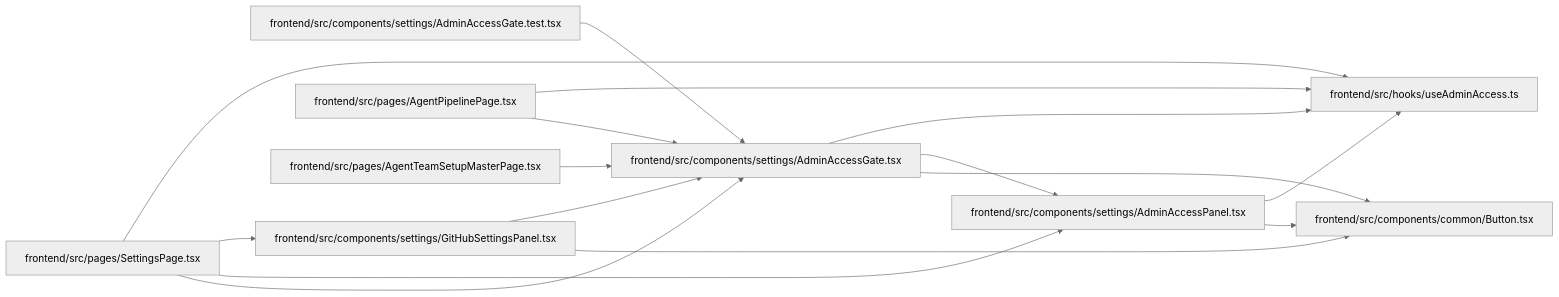
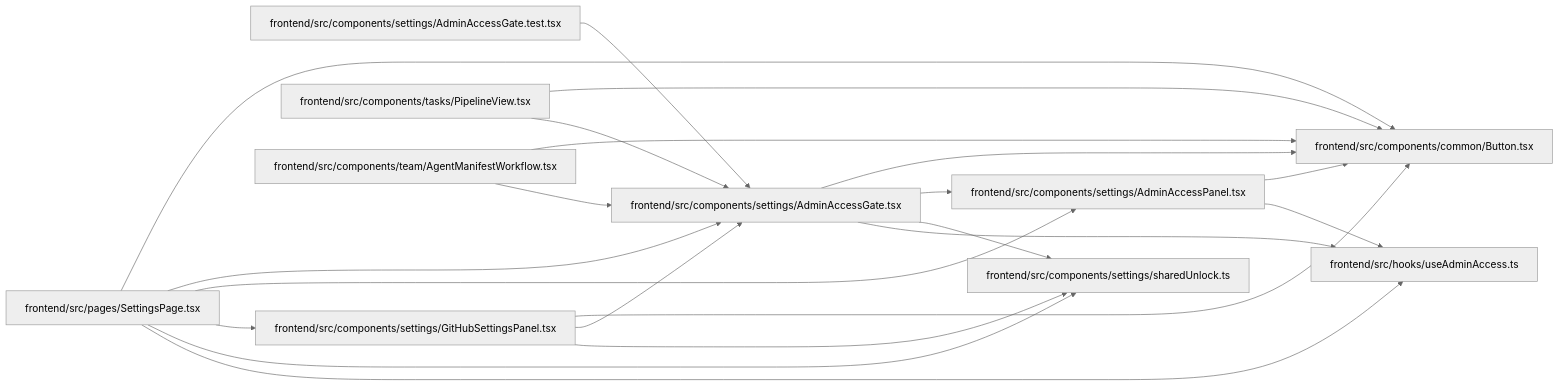
Before and after one commit to Denissvgn/WorkChord: the diagram in docs/llm_wiki/modules/AdminAccessGate.md, drawn with Mermaid (neutral theme). The commit also changed other lines of this file and 2373 other files, not shown here.

````diff
--- a/docs/llm_wiki/modules/AdminAccessGate.md
+++ b/docs/llm_wiki/modules/AdminAccessGate.md
@@ -30,36 +31,43 @@
 ```mermaid
 flowchart LR
     n0["frontend/src/components/common/Button.tsx"]
     n1["frontend/src/components/settings/AdminAccessGate.test.tsx"]
     n2["frontend/src/components/settings/AdminAccessGate.tsx"]
     n3["frontend/src/components/settings/AdminAccessPanel.tsx"]
     n4["frontend/src/components/settings/GitHubSettingsPanel.tsx"]
-    n5["frontend/src/hooks/useAdminAccess.ts"]
-    n6["frontend/src/pages/AgentPipelinePage.tsx"]
-    n7["frontend/src/pages/AgentTeamSetupMasterPage.tsx"]
-    n8["frontend/src/pages/SettingsPage.tsx"]
+    n5["frontend/src/components/settings/sharedUnlock.ts"]
+    n6["frontend/src/components/tasks/PipelineView.tsx"]
+    n7["frontend/src/components/team/AgentManifestWorkflow.tsx"]
+    n8["frontend/src/hooks/useAdminAccess.ts"]
+    n9["frontend/src/pages/SettingsPage.tsx"]
     n1 --> n2
     n2 --> n0
     n2 --> n3
     n2 --> n5
+    n2 --> n8
     n3 --> n0
-    n3 --> n5
+    n3 --> n8
     n4 --> n0
     n4 --> n2
+    n4 --> n5
+    n6 --> n0
     n6 --> n2
-    n6 --> n5
+    n7 --> n0
     n7 --> n2
-    n8 --> n2
-    n8 --> n3
-    n8 --> n4
-    n8 --> n5
+    n9 --> n0
+    n9 --> n2
+    n9 --> n3
+    n9 --> n4
+    n9 --> n5
+    n9 --> n8
     click n0 "../modules/Button.md"
     click n1 "../modules/AdminAccessGate.test.md"
     click n2 "../modules/AdminAccessGate.md"
     click n3 "../modules/AdminAccessPanel.md"
     click n4 "../modules/GitHubSettingsPanel.md"
-    click n5 "../modules/useAdminAccess.md"
-    click n6 "../modules/AgentPipelinePage.md"
-    click n7 "../modules/AgentTeamSetupMasterPage.md"
-    click n8 "../modules/SettingsPage.md"
+    click n5 "../modules/sharedUnlock.md"
+    click n6 "../modules/PipelineView.md"
+    click n7 "../modules/AgentManifestWorkflow.md"
+    click n8 "../modules/useAdminAccess.md"
+    click n9 "../modules/SettingsPage.md"
 ```
````
